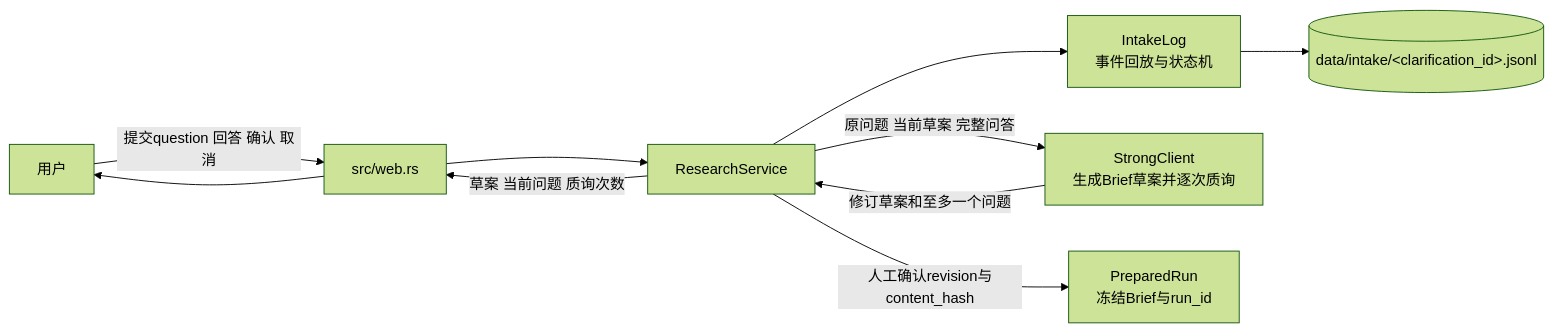
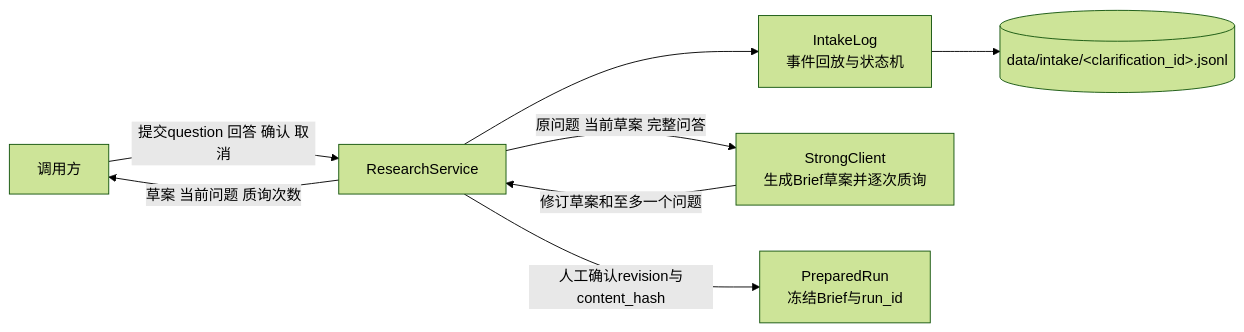
The second of 7 diagrams in docs/web-search-architecture.md (SuperCatQR/traceable-research-runtime), drawn with Mermaid (forest theme) before and after one commit. The commit also changed other lines of this file and 12 other files, not shown here.

````diff
--- a/docs/web-search-architecture.md
+++ b/docs/web-search-architecture.md
@@ -141,17 +139,16 @@
 ```mermaid
 flowchart LR
-    userActor["用户"]
-    apiEntry["src/web.rs"]
+    caller["调用方"]
     appService["ResearchService"]
     intakeState["IntakeLog<br/>事件回放与状态机"]
     strongIntake["StrongClient<br/>生成Brief草案并逐次质询"]
     intakeAudit[("data/intake/&lt;clarification_id&gt;.jsonl")]
     researchStart["PreparedRun<br/>冻结Brief与run_id"]
 
-    userActor -->|提交question 回答 确认 取消| apiEntry --> appService
+    caller -->|提交question 回答 确认 取消| appService
     appService --> intakeState --> intakeAudit
     appService -->|原问题 当前草案 完整问答| strongIntake
     strongIntake -->|修订草案和至多一个问题| appService
-    appService -->|草案 当前问题 质询次数| apiEntry --> userActor
+    appService -->|草案 当前问题 质询次数| caller
     appService -->|人工确认revision与content_hash| researchStart
 ```
````
